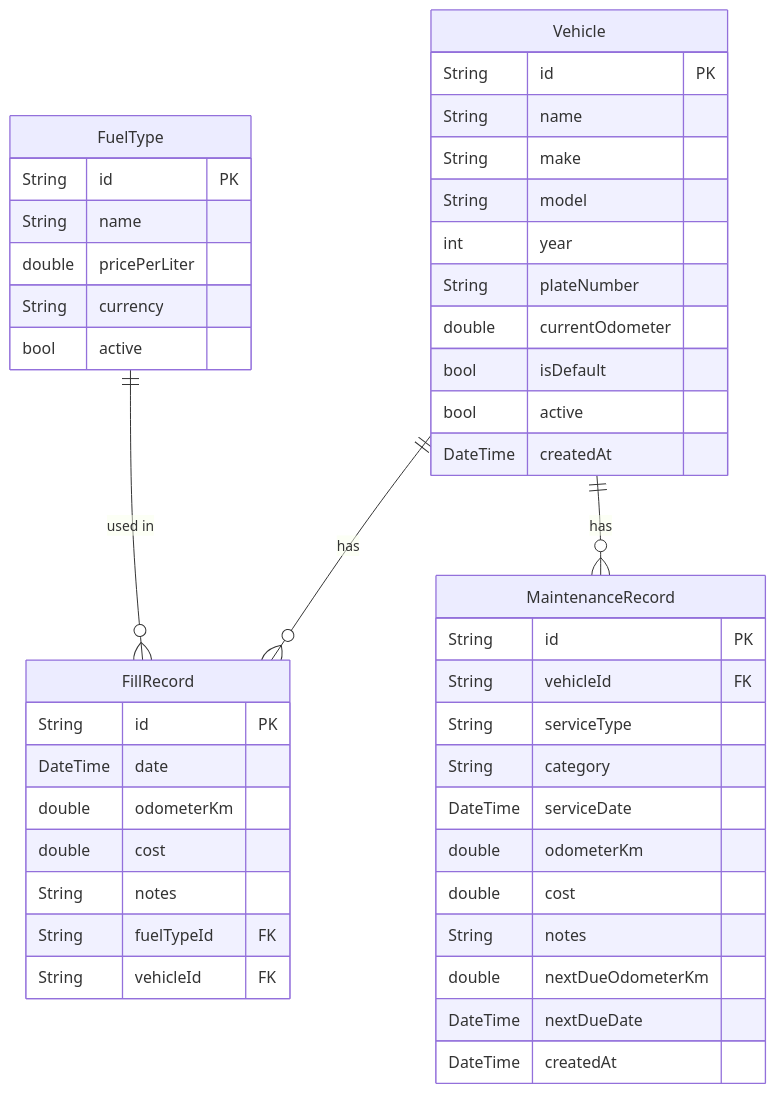
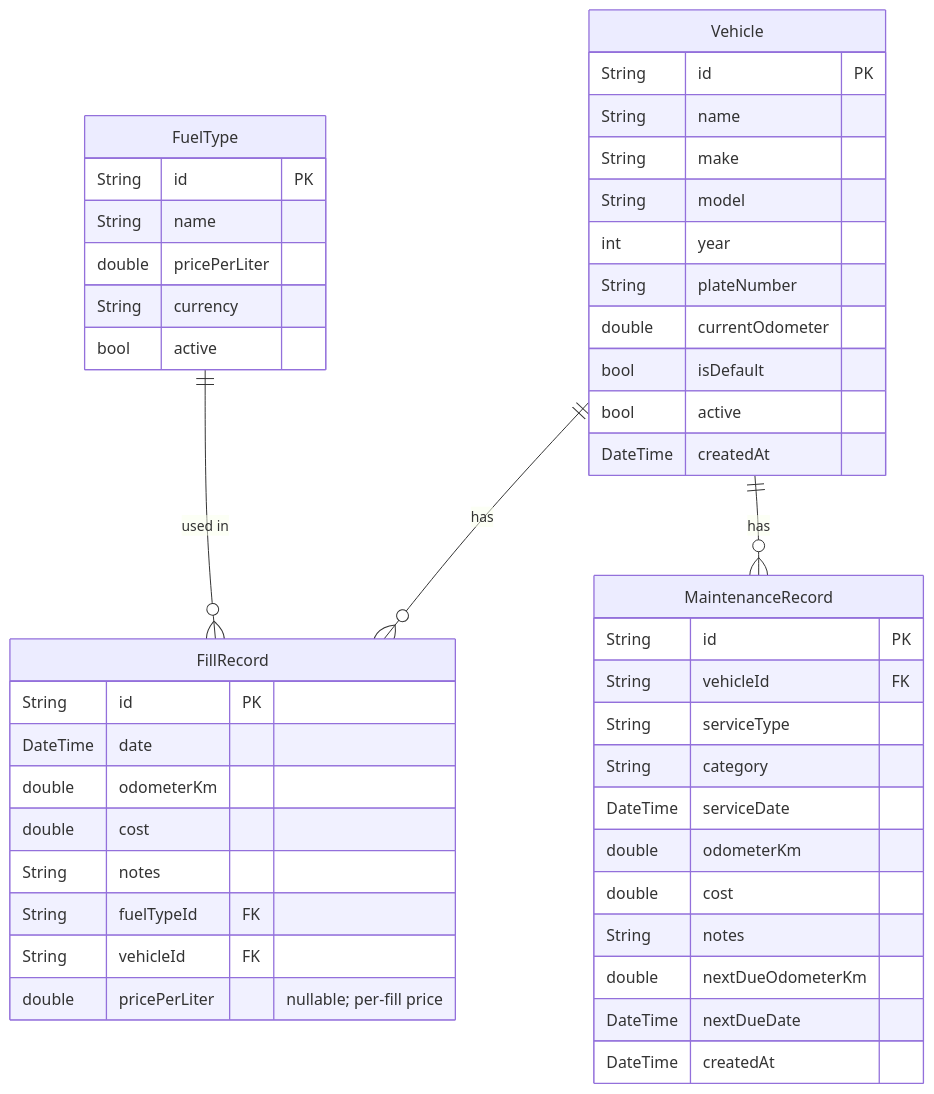
One commit to neotamizhan/petrol_log changed the sixth of 11 diagrams in docs/ARCHITECTURE.md. Above: the diagram before and after it, drawn with Mermaid. The commit also changed other lines of this file and 13 other files, not shown here.

First line of the commit message:
Capture per-fill fuel price

````diff
--- a/docs/ARCHITECTURE.md
+++ b/docs/ARCHITECTURE.md
@@ -171,51 +171,52 @@
 ```mermaid
 erDiagram
   Vehicle {
     String id PK
     String name
     String make
     String model
     int year
     String plateNumber
     double currentOdometer
     bool isDefault
     bool active
     DateTime createdAt
   }
 
   FuelType {
     String id PK
     String name
     double pricePerLiter
     String currency
     bool active
   }
 
   FillRecord {
     String id PK
     DateTime date
     double odometerKm
     double cost
     String notes
     String fuelTypeId FK
     String vehicleId FK
+    double pricePerLiter "nullable; per-fill price"
   }
 
   MaintenanceRecord {
     String id PK
     String vehicleId FK
     String serviceType
     String category
     DateTime serviceDate
     double odometerKm
     double cost
     String notes
     double nextDueOdometerKm
     DateTime nextDueDate
     DateTime createdAt
   }
 
   Vehicle ||--o{ FillRecord : "has"
   Vehicle ||--o{ MaintenanceRecord : "has"
   FuelType ||--o{ FillRecord : "used in"
 ```
````
